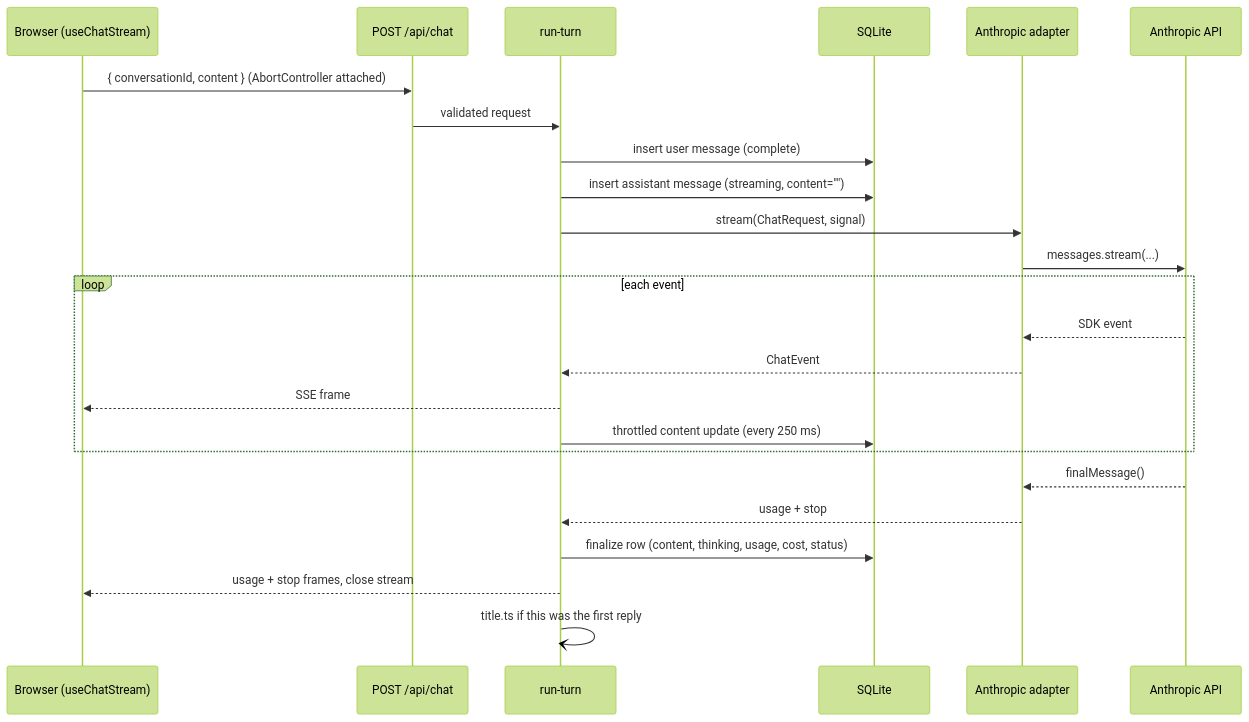
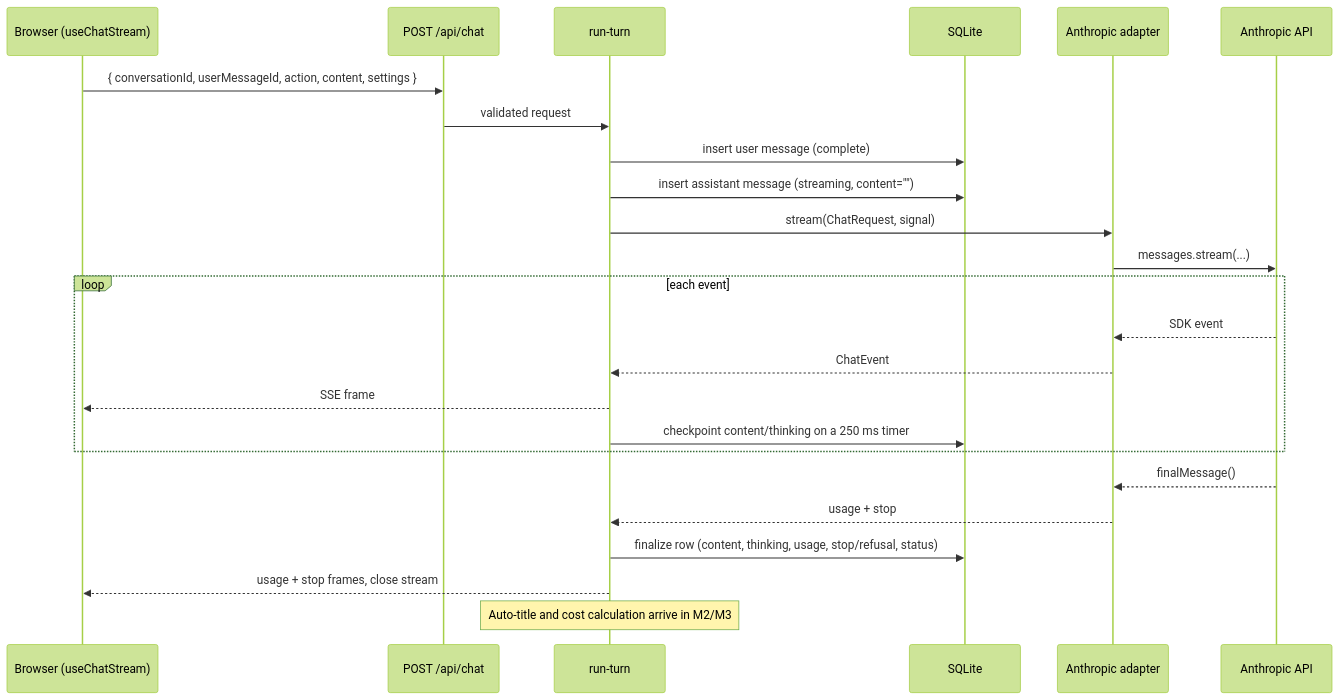
Before and after one commit to thedanielyuan/zeus-agent: the second of 3 diagrams in docs/ARCHITECTURE.md, drawn with Mermaid (forest theme). The commit also changed other lines of this file and 31 other files, not shown here.

````diff
--- a/docs/ARCHITECTURE.md
+++ b/docs/ARCHITECTURE.md
@@ -244,27 +244,27 @@
 ```mermaid
 sequenceDiagram
   participant UI as Browser (useChatStream)
   participant R as POST /api/chat
   participant T as run-turn
   participant DB as SQLite
   participant P as Anthropic adapter
   participant A as Anthropic API
 
-  UI->>R: { conversationId, content } (AbortController attached)
+  UI->>R: { conversationId, userMessageId, action, content, settings }
   R->>T: validated request
   T->>DB: insert user message (complete)
   T->>DB: insert assistant message (streaming, content="")
   T->>P: stream(ChatRequest, signal)
   P->>A: messages.stream(...)
   loop each event
     A-->>P: SDK event
     P-->>T: ChatEvent
     T-->>UI: SSE frame
-    T->>DB: throttled content update (every 250 ms)
+    T->>DB: checkpoint content/thinking on a 250 ms timer
   end
   A-->>P: finalMessage()
   P-->>T: usage + stop
-  T->>DB: finalize row (content, thinking, usage, cost, status)
+  T->>DB: finalize row (content, thinking, usage, stop/refusal, status)
   T-->>UI: usage + stop frames, close stream
-  T-)T: title.ts if this was the first reply
+  Note over T: Auto-title and cost calculation arrive in M2/M3
 ```
````
